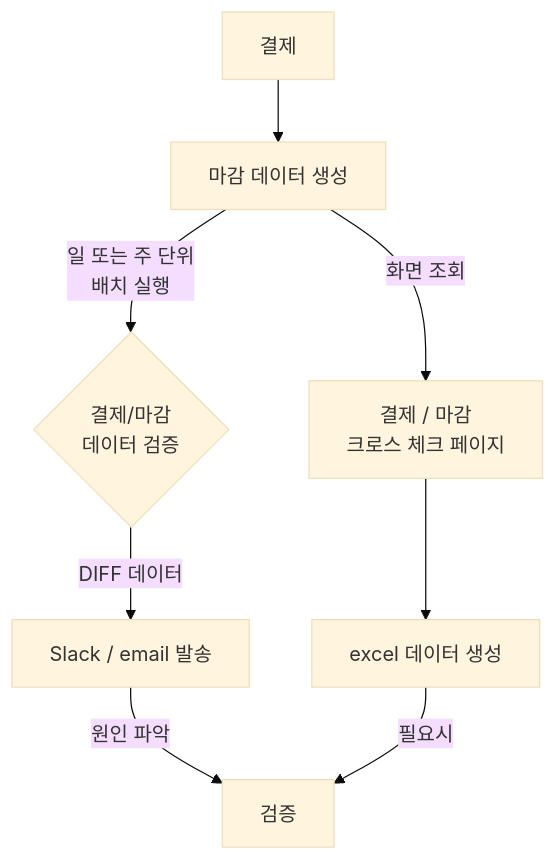
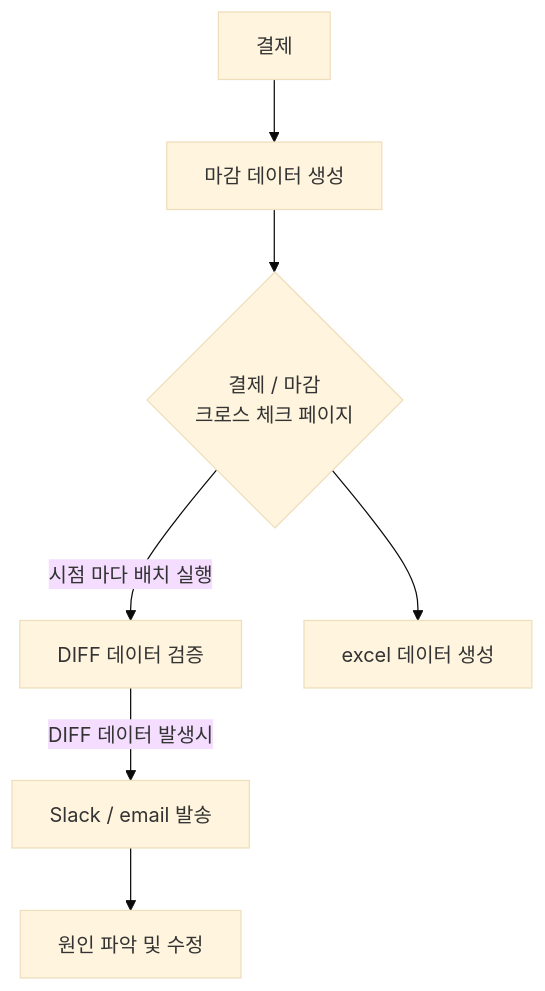
One commit to next-step/career-architecture changed the diagram in tobe/ARCHITECTURE.md. Above: the diagram before and after it, drawn with Mermaid (base theme).

Commit message:
docs: tobe 프로세스 변경

````diff
--- a/tobe/ARCHITECTURE.md
+++ b/tobe/ARCHITECTURE.md
@@ -21,10 +21,9 @@
 ```mermaid
 flowchart TB
   A[결제] --> B[마감 데이터 생성]
-  B --일 또는 주 단위\n배치 실행--> C{결제/마감\n데이터 검증}
-  B --화면 조회--> D[결제 / 마감\n크로스 체크 페이지]
-  D --> F[excel 데이터 생성]
-  C --DIFF 데이터 --> E[Slack / email 발송]
-  E --원인 파악--> G[검증]
-  F --필요시--> G[검증]
+  B --> C{결제 / 마감\n크로스 체크 페이지}
+  C --시점 마다 배치 실행--> D[DIFF 데이터 검증]
+  D --DIFF 데이터 발생시--> E[Slack / email 발송]
+  C --> F[excel 데이터 생성]
+  E --> G[원인 파악 및 수정]
 ```
````
